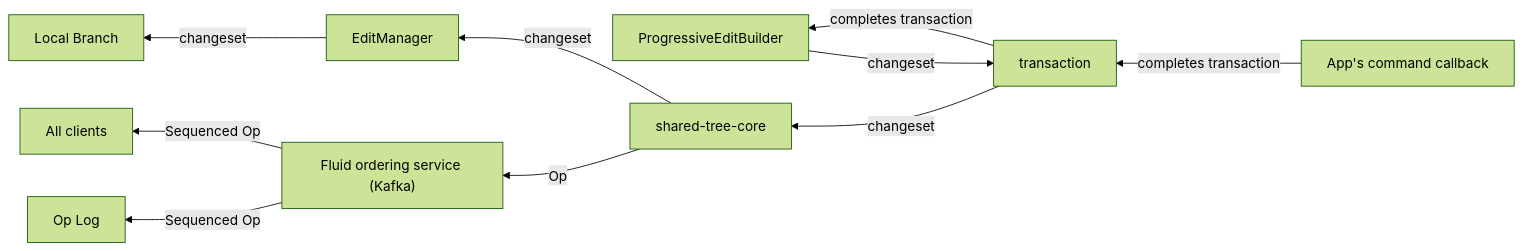
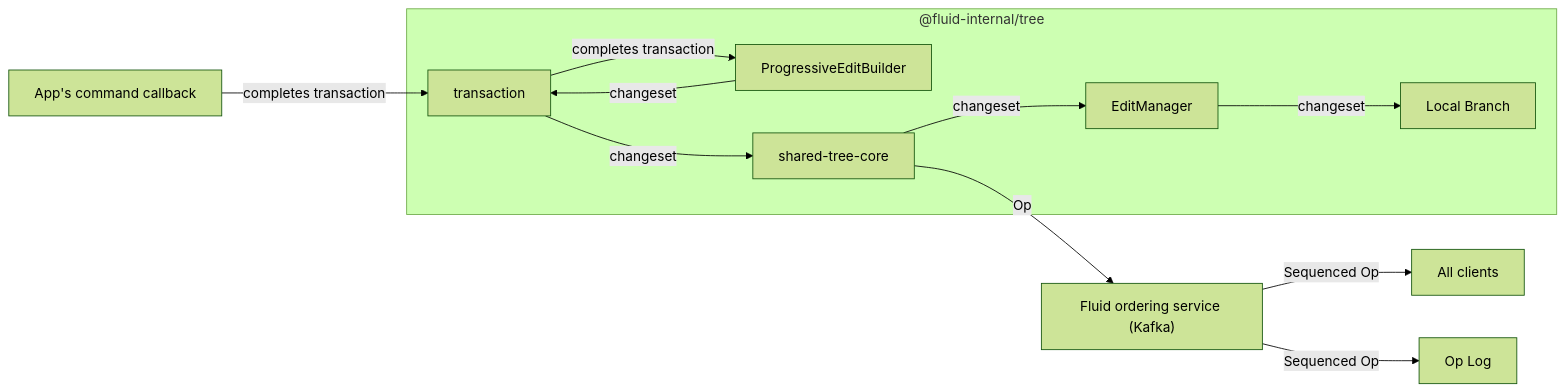
Before and after one commit to microsoft/FluidFramework: the fourth of 5 diagrams in packages/dds/tree/README.md, drawn with Mermaid (forest theme). The commit also changed other lines of this file, not shown here.

Commit message:
use subgraph and make all charts left to right

````diff
--- a/packages/dds/tree/README.md
+++ b/packages/dds/tree/README.md
@@ -192,11 +203,13 @@
 ```mermaid
-graph RL;
+flowchart LR
     command["App's command callback"]--"completes transaction"-->transaction
-    transaction--"completes transaction"-->ProgressiveEditBuilder
-    ProgressiveEditBuilder--"changeset"-->transaction
-    transaction--"changeset"-->core["shared-tree-core"]
-    core--"changeset"-->EditManager--"changeset"-->local["Local Branch"]
+    subgraph "@fluid-internal/tree"
+        transaction--"completes transaction"-->ProgressiveEditBuilder
+        ProgressiveEditBuilder--"changeset"-->transaction
+        transaction--"changeset"-->core["shared-tree-core"]
+        core--"changeset"-->EditManager--"changeset"-->local["Local Branch"]
+    end
     core--"Op"-->service["Fluid ordering service (Kafka)"]
     service--"Sequenced Op"-->clients["All clients"]
     service--"Sequenced Op"-->log["Op Log"]
 ```
````
